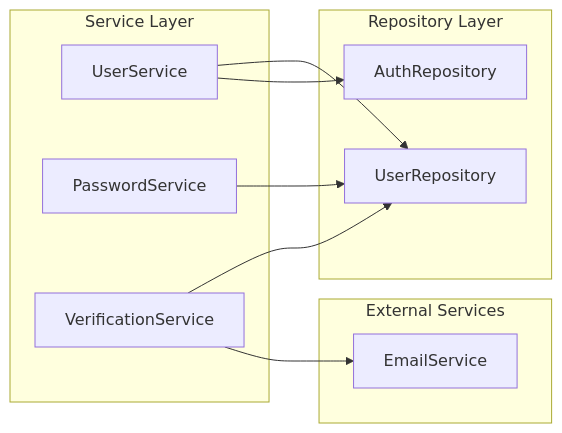
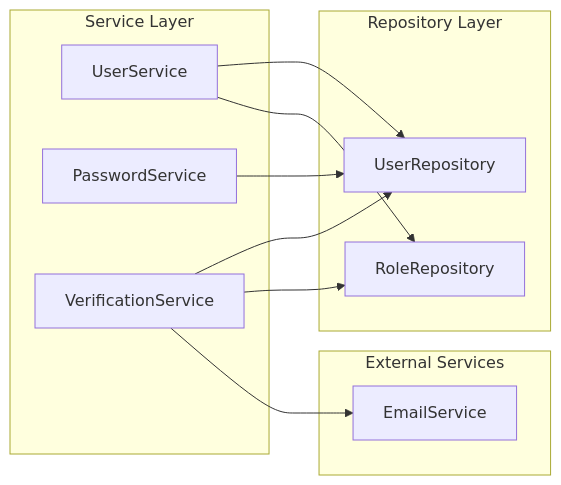
One commit to yukin371/Qingyu_backend changed the second of 6 diagrams in service/user/README.md. Above: the diagram before and after it, drawn with Mermaid. The commit also changed other lines of this file and 73 other files, not shown here.

````diff
--- a/service/user/README.md
+++ b/service/user/README.md
@@ -148,23 +148,24 @@
 ```mermaid
 graph LR
     subgraph "Service Layer"
         UserService
         PasswordService
         VerificationService
     end
 
     subgraph "Repository Layer"
         UserRepository["UserRepository"]
-        AuthRepository["AuthRepository"]
+        RoleRepository["RoleRepository"]
     end
 
     subgraph "External Services"
         EmailService["EmailService"]
     end
 
     UserService --> UserRepository
-    UserService --> AuthRepository
+    UserService --> RoleRepository
     PasswordService --> UserRepository
     VerificationService --> UserRepository
+    VerificationService --> RoleRepository
     VerificationService --> EmailService
 ```
````
